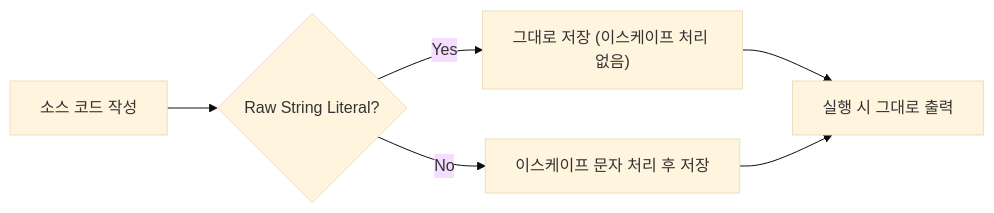
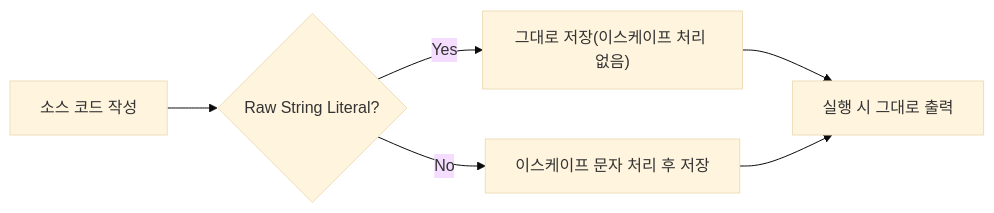
The diagram in 8. 입출력 & 유틸리티/01-Raw_string_literal.md (xmlbuilder/CPlus_Tutorial), drawn with Mermaid (base theme) before and after one commit. The commit also changed other lines of this file, not shown here.

````diff
--- a/8. 입출력 & 유틸리티/01-Raw_string_literal.md
+++ b/8. 입출력 & 유틸리티/01-Raw_string_literal.md
@@ -94,8 +88,8 @@
 ```mermaid
 flowchart LR
 A["소스 코드 작성"] --> B{"Raw String Literal?"}
-B -- "Yes" --> C["그대로 저장 (이스케이프 처리 없음)"]
+B -- "Yes" --> C["그대로 저장(이스케이프 처리 없음)"]
 B -- "No"  --> D["이스케이프 문자 처리 후 저장"]
 C --> E["실행 시 그대로 출력"]
 D --> E
 ```
````
